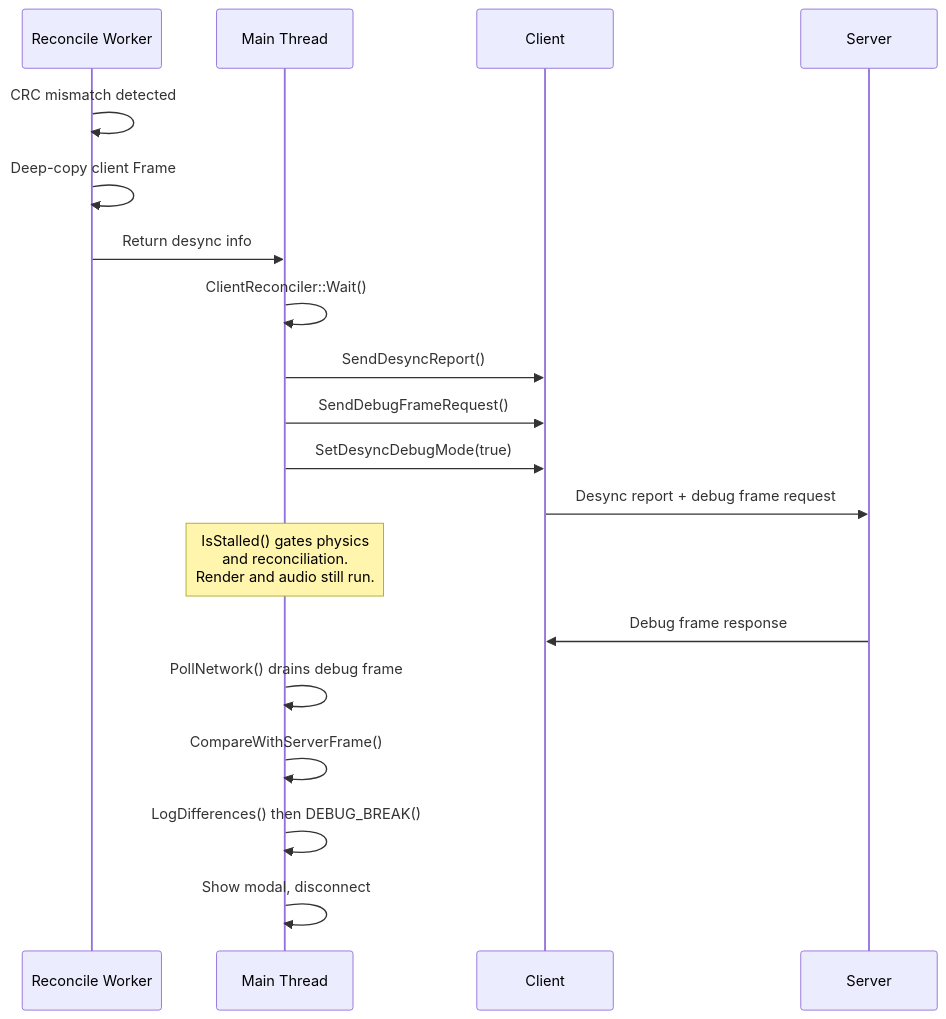
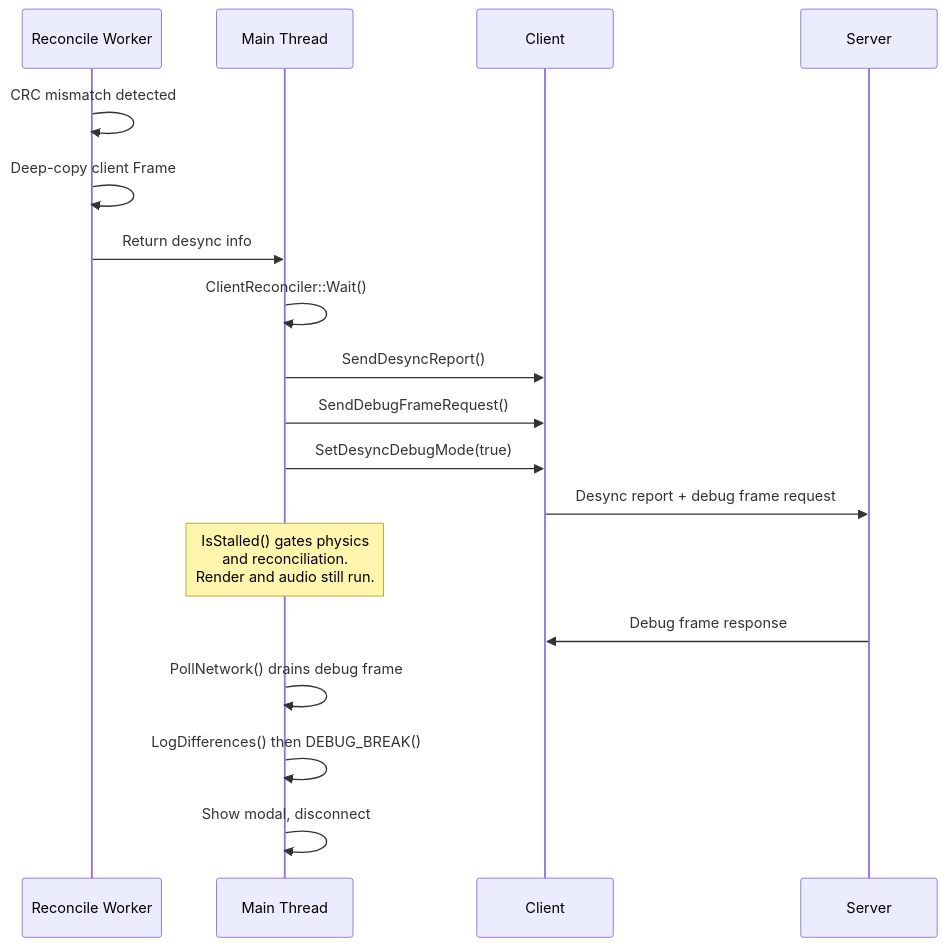
Before and after one commit to DougTanner/BrokenEnginePublic: the fifth of 6 diagrams in Documents/Architecture/GameReconciliation.md, drawn with Mermaid. The commit also changed 106 other files, not shown here.

````diff
--- a/Documents/Architecture/GameReconciliation.md
+++ b/Documents/Architecture/GameReconciliation.md
@@ -165,27 +165,26 @@
 ```mermaid
 %%{init: {'theme': 'default'}}%%
 sequenceDiagram
     participant Worker as Reconcile Worker
     participant Main as Main Thread
     participant Net as Client
     participant Server
 
     Worker->>Worker: CRC mismatch detected
     Worker->>Worker: Deep-copy client Frame
     Worker->>Main: Return desync info
 
     Main->>Main: ClientReconciler::Wait()
     Main->>Net: SendDesyncReport()
     Main->>Net: SendDebugFrameRequest()
     Main->>Net: SetDesyncDebugMode(true)
     Net->>Server: Desync report + debug frame request
 
     Note over Main: IsStalled() gates physics<br/>and reconciliation.<br/>Render and audio still run.
 
     Server->>Net: Debug frame response
     Main->>Main: PollNetwork() drains debug frame
-    Main->>Main: CompareWithServerFrame()
     Main->>Main: LogDifferences() then DEBUG_BREAK()
 
     Main->>Main: Show modal, disconnect
 ```
````
